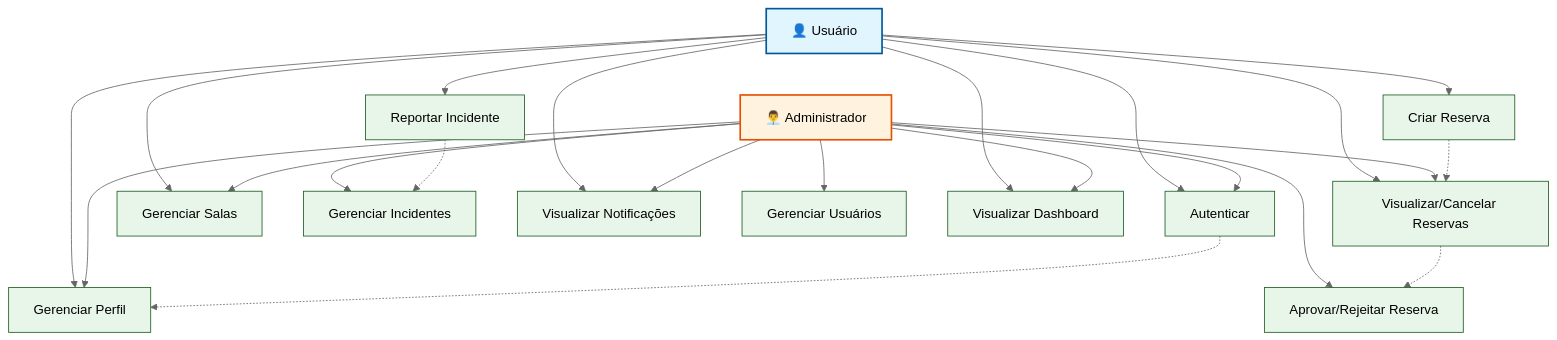
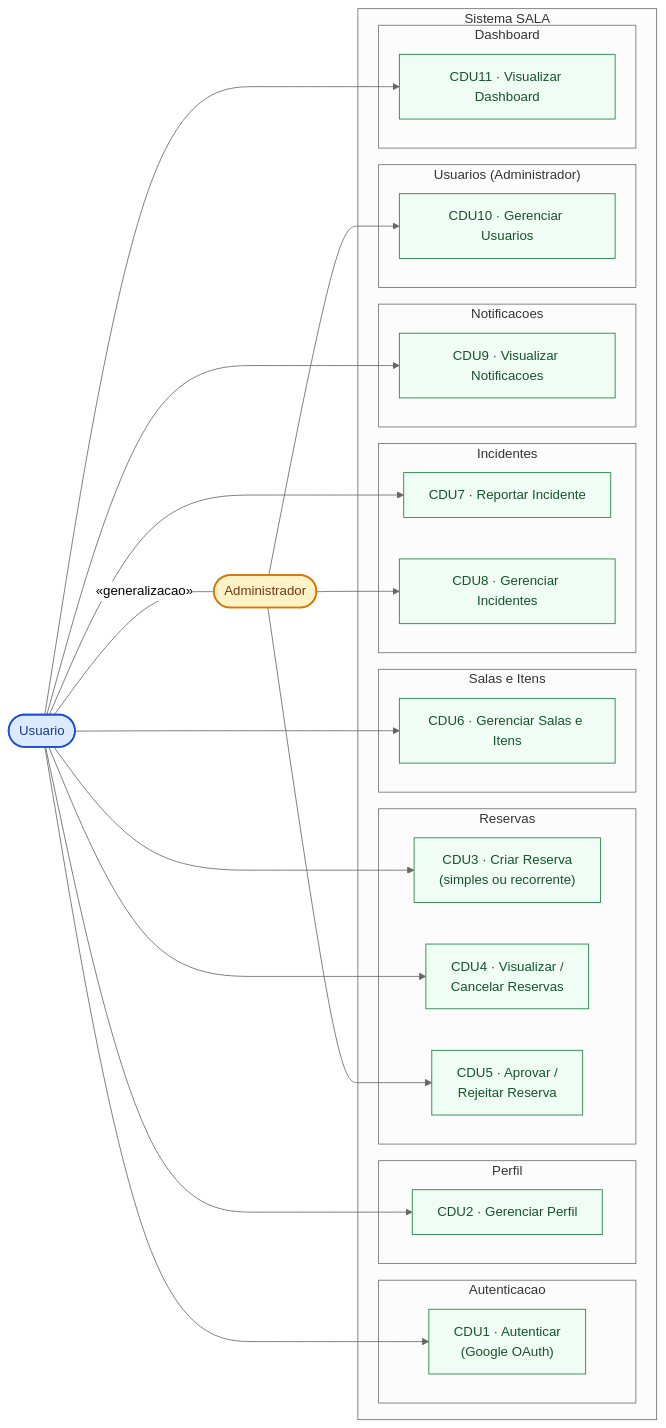
Before and after one commit to oCaioAug/SALA: the diagram in docs/Diagrama-Casos-de-Uso-Web.md, drawn with Mermaid (neutral theme). The commit also changed other lines of this file and 1 other file, not shown here.

Commit message:
docs: altera documentacao de CDUs, remove o sistema como Ator no diagrama

````diff
--- a/docs/Diagrama-Casos-de-Uso-Web.md
+++ b/docs/Diagrama-Casos-de-Uso-Web.md
@@ -3,66 +3,72 @@
 ```mermaid
-graph TB
-    %% Atores (topo)
-    User[👤 Usuário]
-    Admin[👨‍💼 Administrador]
+graph LR
+    %% -- Atores --
+    User(["Usuario"])
+    Admin(["Administrador"])
 
-    %% Casos de Uso - Autenticação (esquerda)
-    UC1[Autenticar]
-    UC2[Gerenciar Perfil]
+    %% Generalizacao: Administrador e um Usuario
+    User ---|"«generalizacao»"| Admin
 
-    %% Casos de Uso - Reservas (centro-esquerda)
-    UC3[Criar Reserva]
-    UC4[Visualizar/Cancelar Reservas]
-    UC5[Aprovar/Rejeitar Reserva]
+    %% -- Casos de Uso --
+    subgraph sistema_sala ["Sistema SALA"]
 
-    %% Casos de Uso - Salas (centro)
-    UC6[Gerenciar Salas]
+        subgraph auth ["Autenticacao"]
+            CDU1["CDU1 · Autenticar\n(Google OAuth)"]
+        end
 
-    %% Casos de Uso - Incidentes (centro-direita)
-    UC7[Reportar Incidente]
-    UC8[Gerenciar Incidentes]
+        subgraph perfil ["Perfil"]
+            CDU2["CDU2 · Gerenciar Perfil"]
+        end
 
-    %% Casos de Uso - Notificações e Outros (direita)
-    UC9[Visualizar Notificações]
-    UC10[Gerenciar Usuários]
-    UC11[Visualizar Dashboard]
+        subgraph reservas ["Reservas"]
+            CDU3["CDU3 · Criar Reserva\n(simples ou recorrente)"]
+            CDU4["CDU4 · Visualizar /\nCancelar Reservas"]
+            CDU5["CDU5 · Aprovar /\nRejeitar Reserva"]
+        end
 
-    %% Layout: Atores no topo
-    User ~~~ Admin
+        subgraph salas ["Salas e Itens"]
+            CDU6["CDU6 · Gerenciar Salas e Itens"]
+        end
 
-    %% Relacionamentos - Usuário
-    User --> UC1
-    User --> UC2
-    User --> UC3
-    User --> UC4
-    User --> UC6
-    User --> UC7
-    User --> UC9
-    User --> UC11
+        subgraph incidentes ["Incidentes"]
+            CDU7["CDU7 · Reportar Incidente"]
+            CDU8["CDU8 · Gerenciar Incidentes"]
+        end
 
-    %% Relacionamentos - Administrador
-    Admin --> UC1
-    Admin --> UC2
-    Admin --> UC4
-    Admin --> UC5
-    Admin --> UC6
-    Admin --> UC8
-    Admin --> UC9
-    Admin --> UC10
-    Admin --> UC11
+        subgraph notificacoes ["Notificacoes"]
+            CDU9["CDU9 · Visualizar Notificacoes"]
+        end
 
-    %% Agrupamento visual (usando links invisíveis)
-    UC1 -.-> UC2
-    UC3 -.-> UC4
-    UC4 -.-> UC5
-    UC7 -.-> UC8
+        subgraph usuarios_mgmt ["Usuarios (Administrador)"]
+            CDU10["CDU10 · Gerenciar Usuarios"]
+        end
 
-    %% Estilos
-    classDef userClass fill:#e1f5ff,stroke:#01579b,stroke-width:2px
-    classDef adminClass fill:#fff3e0,stroke:#e65100,stroke-width:2px
-    classDef ucClass fill:#e8f5e9,stroke:#1b5e20,stroke-width:1px
+        subgraph dashboard ["Dashboard"]
+            CDU11["CDU11 · Visualizar Dashboard"]
+        end
+    end
 
-    class User userClass
+    %% -- Relacionamentos - Usuario --
+    User --> CDU1
+    User --> CDU2
+    User --> CDU3
+    User --> CDU4
+    User --> CDU6
+    User --> CDU7
+    User --> CDU9
+    User --> CDU11
+
+    %% -- Relacionamentos - Administrador (exclusivos) --
+    Admin --> CDU5
+    Admin --> CDU8
+    Admin --> CDU10
+
+    %% -- Estilos --
+    classDef actorClass fill:#dbeafe,stroke:#1d4ed8,stroke-width:2px,color:#1e3a8a
+    classDef adminClass fill:#fef3c7,stroke:#d97706,stroke-width:2px,color:#78350f
+    classDef ucClass fill:#f0fdf4,stroke:#15803d,stroke-width:1px,color:#14532d
+
+    class User actorClass
     class Admin adminClass
-    class UC1,UC2,UC3,UC4,UC5,UC6,UC7,UC8,UC9,UC10,UC11 ucClass
+    class CDU1,CDU2,CDU3,CDU4,CDU5,CDU6,CDU7,CDU8,CDU9,CDU10,CDU11 ucClass
 ```
````
